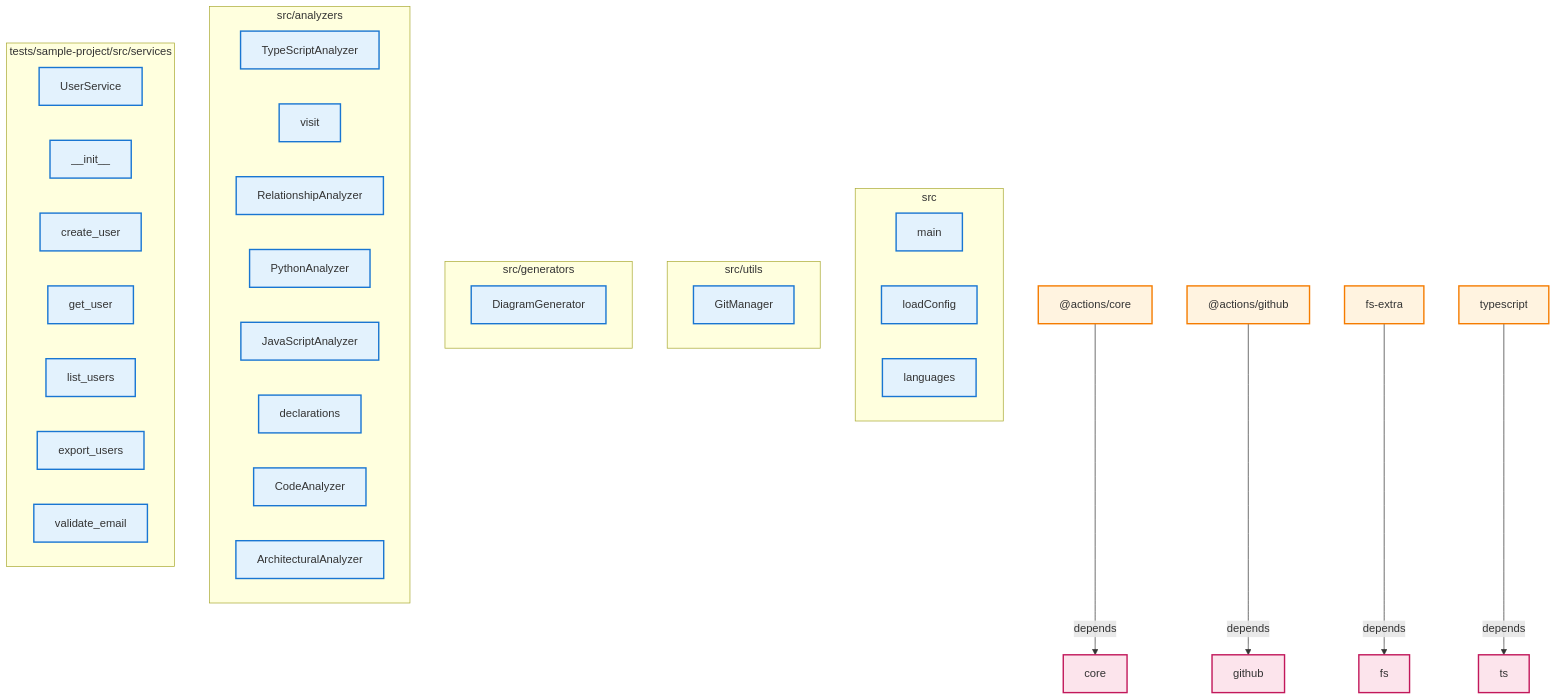
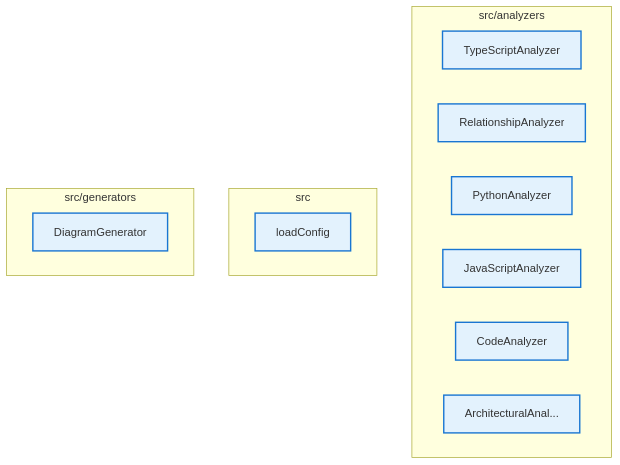
One commit to samjhill/diagrammer changed the diagram in docs/architecture/architecture.md. Above: the diagram before and after it, drawn with Mermaid. The commit also changed 4 other files, not shown here.

Commit message:
docs: Update architecture diagrams [skip ci]

````diff
--- a/docs/architecture/architecture.md
+++ b/docs/architecture/architecture.md
@@ -10,80 +10,30 @@
   classDef dependency fill:#fce4ec,stroke:#c2185b,stroke-width:2px
   classDef group fill:#f3e5f5,stroke:#7b1fa2,stroke-width:3px
 
-  subgraph src["src"]
-    main["main"]
-    loadConfig["loadConfig"]
-    languages["languages"]
+  subgraph src_analyzers["src/analyzers"]
+    TypeScriptAnalyzer["TypeScriptAnalyzer"]
+    RelationshipAnalyzer["RelationshipAnalyzer"]
+    PythonAnalyzer["PythonAnalyzer"]
+    JavaScriptAnalyzer["JavaScriptAnalyzer"]
+    CodeAnalyzer["CodeAnalyzer"]
+    ArchitecturalAnalyzer["ArchitecturalAnal..."]
   end
 
-  subgraph src_utils["src/utils"]
-    GitManager["GitManager"]
+  subgraph src["src"]
+    loadConfig["loadConfig"]
   end
 
   subgraph src_generators["src/generators"]
     DiagramGenerator["DiagramGenerator"]
   end
 
-  subgraph src_analyzers["src/analyzers"]
-    TypeScriptAnalyzer["TypeScriptAnalyzer"]
-    visit["visit"]
-    RelationshipAnalyzer["RelationshipAnalyzer"]
-    PythonAnalyzer["PythonAnalyzer"]
-    JavaScriptAnalyzer["JavaScriptAnalyzer"]
-    declarations["declarations"]
-    CodeAnalyzer["CodeAnalyzer"]
-    ArchitecturalAnalyzer["ArchitecturalAnalyzer"]
-  end
-
-  subgraph tests_sample_project_src_services["tests/sample-project/src/services"]
-    UserService["UserService"]
-    __init__["__init__"]
-    create_user["create_user"]
-    get_user["get_user"]
-    list_users["list_users"]
-    export_users["export_users"]
-    validate_email["validate_email"]
-  end
-
-  _actions_core["@actions/core"]
-  _actions_core:::external
-  core["core"]
-  core:::dependency
-  _actions_core -->|depends| core
-  _actions_github["@actions/github"]
-  _actions_github:::external
-  github["github"]
-  github:::dependency
-  _actions_github -->|depends| github
-  fs_extra["fs-extra"]
-  fs_extra:::external
-  fs["fs"]
-  fs:::dependency
-  fs_extra -->|depends| fs
-  typescript["typescript"]
-  typescript:::external
-  ts["ts"]
-  ts:::dependency
-  typescript -->|depends| ts
-  main:::component
   loadConfig:::component
-  languages:::component
-  GitManager:::component
   DiagramGenerator:::component
   TypeScriptAnalyzer:::component
-  visit:::component
   RelationshipAnalyzer:::component
   PythonAnalyzer:::component
   JavaScriptAnalyzer:::component
-  declarations:::component
   CodeAnalyzer:::component
   ArchitecturalAnalyzer:::component
-  UserService:::component
-  __init__:::component
-  create_user:::component
-  get_user:::component
-  list_users:::component
-  export_users:::component
-  validate_email:::component
 
 ```
````
